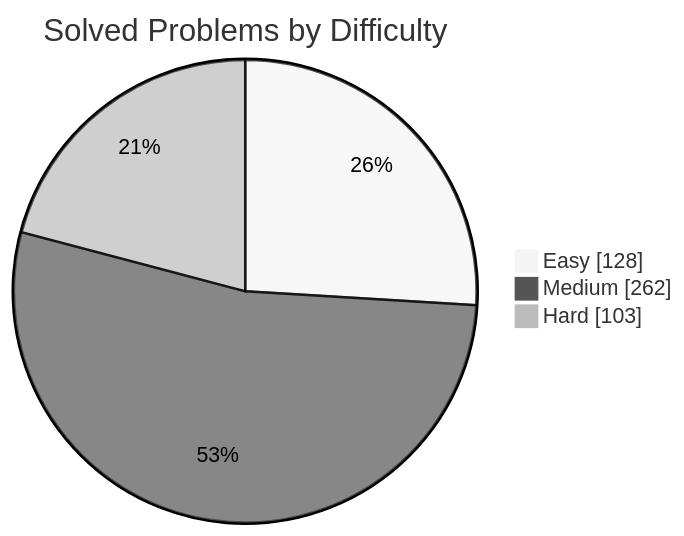
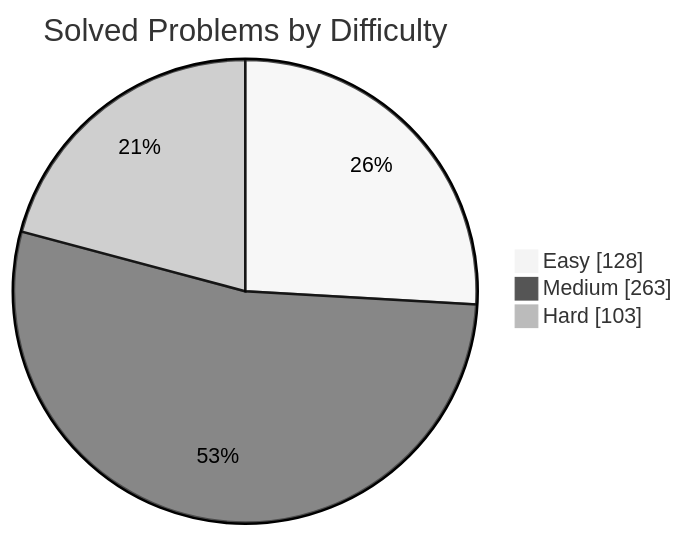
The first of 2 diagrams in README.md (manikantbindass/DSA-Preparation-FAANG), drawn with Mermaid (neutral theme) before and after one commit. The commit also changed other lines of this file and 1 other file, not shown here.

````diff
--- a/README.md
+++ b/README.md
@@ -77,7 +77,7 @@
 ```mermaid
 pie showData
     title Solved Problems by Difficulty
     "Easy" : 128
-    "Medium" : 262
+    "Medium" : 263
     "Hard" : 103
 ```
````
